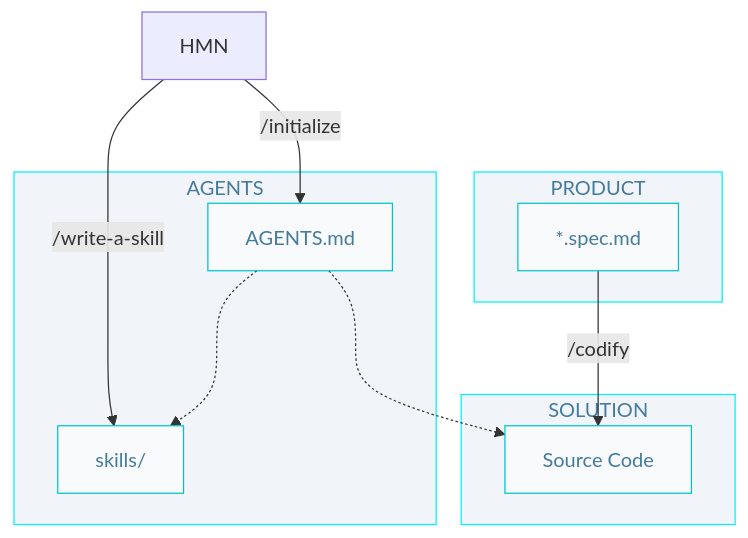
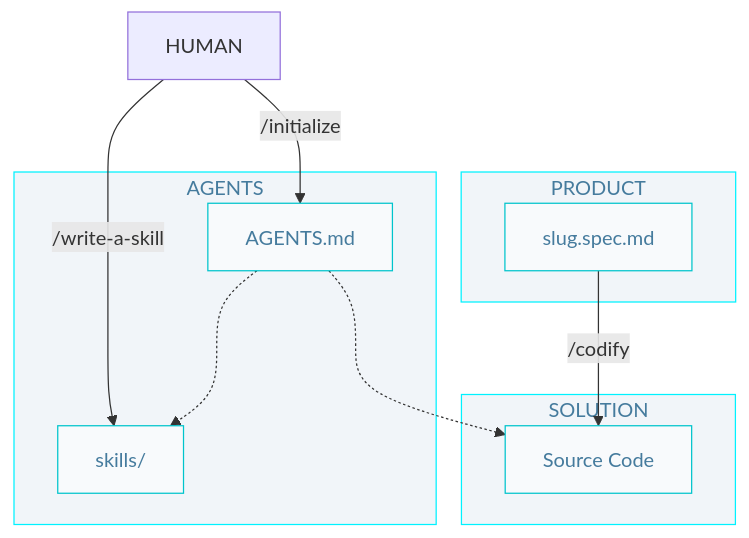
The diagram in docs/2-0-0-instrucciones_y_habilidades_para_agentes/demo/2-sdd.diagram.md (AlbertoBasaloLabs/programacion-inteligente), drawn with Mermaid before and after one commit. The commit also changed other lines of this file and 8 other files, not shown here.

First line of the commit message:
feat: update specifications and diagrams for clarity and consistency

````diff
--- a/docs/2-0-0-instrucciones_y_habilidades_para_agentes/demo/2-sdd.diagram.md
+++ b/docs/2-0-0-instrucciones_y_habilidades_para_agentes/demo/2-sdd.diagram.md
@@ -3,26 +3,28 @@
 ```mermaid
 flowchart TD
   classDef nd fill:#f8fafc,stroke:#00c4cc,color:#457b9d
   classDef sg fill:#f1f5f9,stroke:#00f2ff,color:#457b9d 
 
+  HUM[HUMAN]
+
   subgraph P["PRODUCT"]
-      REQ["*.spec.md"]:::nd
+      REQ["slug.spec.md"]:::nd
   end
 
   subgraph A["AGENTS"]
       AGT["AGENTS.md"]:::nd
       SKL["skills/"]:::nd
-      AGT -.-> SKL
   end  
 
   subgraph S["SOLUTION"]
       COD[Source Code]:::nd
   end
 
-	HMN -->|/initialize| AGT
-  HMN -->|/write-a-skill| SKL
+	HUM -->|/initialize| AGT
+  HUM -->|/write-a-skill| SKL
+  AGT -.-> SKL
+  AGT -.-> COD  
   REQ -->|/codify| COD
-  AGT -.-> COD  
 
   class P,A,S sg
 ```
````
